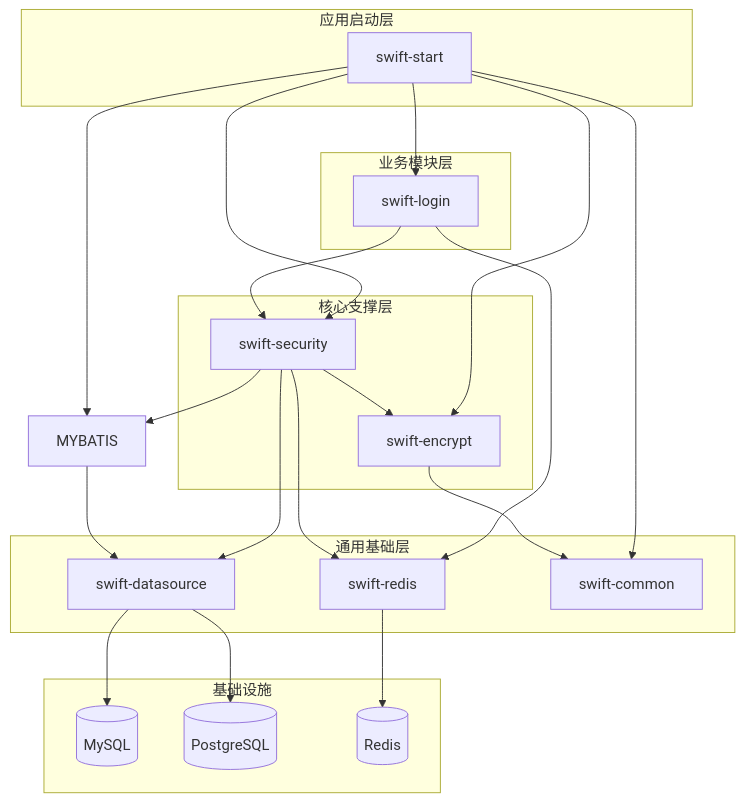
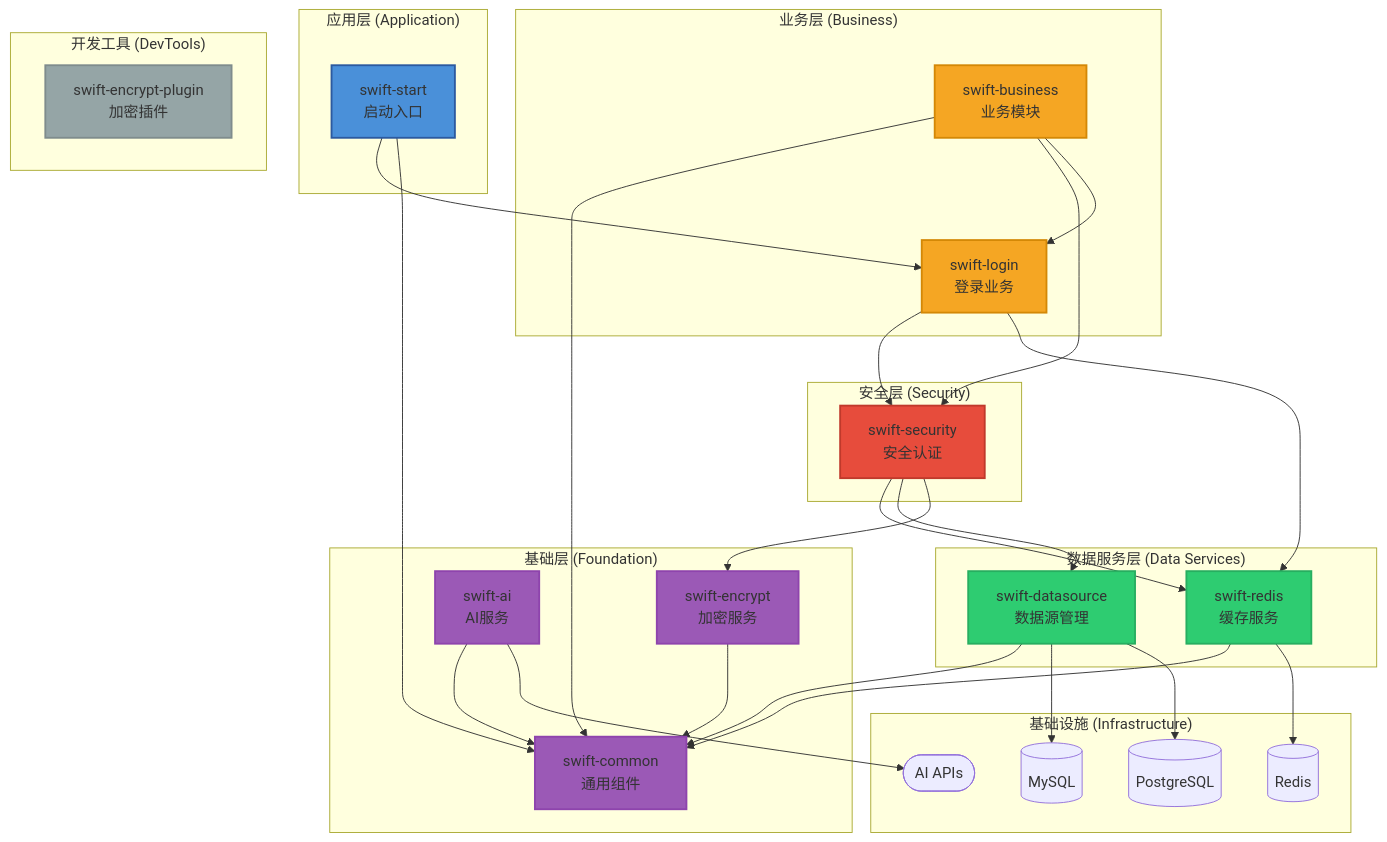
Before and after one commit to SHOOTING-STAR-C/SwiftFrame: the diagram in README.md, drawn with Mermaid. The commit also changed other lines of this file and 25 other files, not shown here.

````diff
--- a/README.md
+++ b/README.md
@@ -36,50 +39,70 @@
 ```mermaid
-graph TD
-    subgraph App[应用启动层]
-        START[swift-start]
+graph TB
+    subgraph AppLayer ["应用层 (Application)"]
+        START["swift-start<br/>启动入口"]
     end
 
-    subgraph Business[业务模块层]
-        LOGIN[swift-login]
+    subgraph BusinessLayer ["业务层 (Business)"]
+        LOGIN["swift-login<br/>登录业务"]
+        BUSINESS["swift-business<br/>业务模块"]
     end
 
-    subgraph Core[核心支撑层]
-        SECURITY[swift-security]
-        ENCRYPT[swift-encrypt]
+    subgraph SecurityLayer ["安全层 (Security)"]
+        SECURITY["swift-security<br/>安全认证"]
     end
 
-    subgraph Base[通用基础层]
-        DATASOURCE[swift-datasource]
-        REDIS[swift-redis]
-        COMMON[swift-common]
+    subgraph DataServiceLayer ["数据服务层 (Data Services)"]
+        DATASOURCE["swift-datasource<br/>数据源管理"]
+        REDIS["swift-redis<br/>缓存服务"]
     end
 
-    subgraph Infrastructure[基础设施]
-        MySQL[(MySQL)]
-        PostgreSQL[(PostgreSQL)]
-        Cache[(Redis)]
+    subgraph FoundationLayer ["基础层 (Foundation)"]
+        COMMON["swift-common<br/>通用组件"]
+        ENCRYPT["swift-encrypt<br/>加密服务"]
+        AI["swift-ai<br/>AI服务"]
+    end
+
+    subgraph DevTools ["开发工具 (DevTools)"]
+        PLUGIN["swift-encrypt-plugin<br/>加密插件"]
+    end
+
+    subgraph Infrastructure ["基础设施 (Infrastructure)"]
+        MySQL[("MySQL")]
+        PostgreSQL[("PostgreSQL")]
+        Cache[("Redis")]
+        AI_API(["AI APIs"])
     end
 
     %% 依赖关系
     START --> LOGIN
-    START --> SECURITY
-    START --> MYBATIS
-    START --> ENCRYPT
     START --> COMMON
-
+    BUSINESS --> COMMON
+    BUSINESS --> SECURITY
+    BUSINESS --> LOGIN
     LOGIN --> SECURITY
     LOGIN --> REDIS
-
-    SECURITY --> MYBATIS
     SECURITY --> REDIS
+    SECURITY --> DATASOURCE
     SECURITY --> ENCRYPT
-    SECURITY --> DATASOURCE
-
-    MYBATIS --> DATASOURCE
+    DATASOURCE --> COMMON
+    REDIS --> COMMON
     ENCRYPT --> COMMON
-
-    %% 基础设施交互
+    AI --> COMMON
+    
+    %% 外部依赖
     DATASOURCE --> MySQL
     DATASOURCE --> PostgreSQL
     REDIS --> Cache
+    AI --> AI_API
+
+    style START fill:#4a90d9,stroke:#2c5aa0,stroke-width:2px
+    style LOGIN fill:#f5a623,stroke:#d48806,stroke-width:2px
+    style BUSINESS fill:#f5a623,stroke:#d48806,stroke-width:2px
+    style SECURITY fill:#e74c3c,stroke:#c0392b,stroke-width:2px
+    style DATASOURCE fill:#2ecc71,stroke:#27ae60,stroke-width:2px
+    style REDIS fill:#2ecc71,stroke:#27ae60,stroke-width:2px
+    style COMMON fill:#9b59b6,stroke:#8e44ad,stroke-width:2px
+    style ENCRYPT fill:#9b59b6,stroke:#8e44ad,stroke-width:2px
+    style AI fill:#9b59b6,stroke:#8e44ad,stroke-width:2px
+    style PLUGIN fill:#95a5a6,stroke:#7f8c8d,stroke-width:2px
 ```
````
